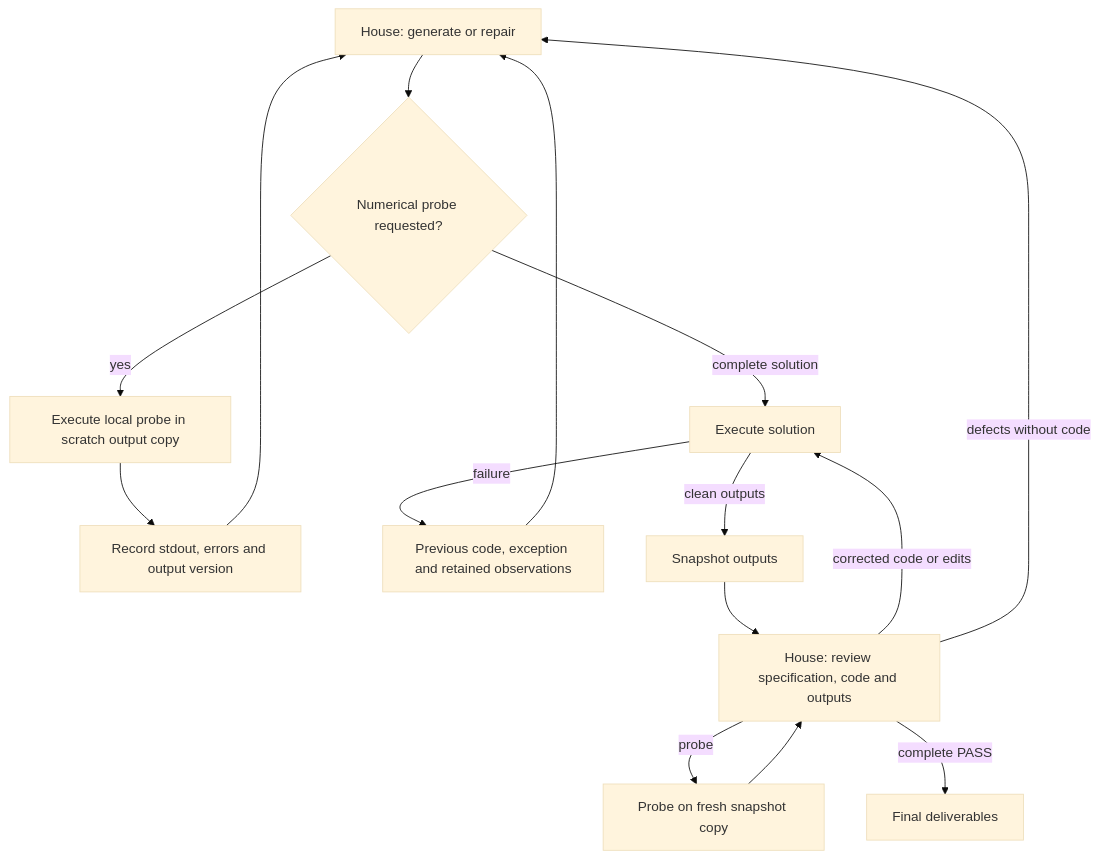
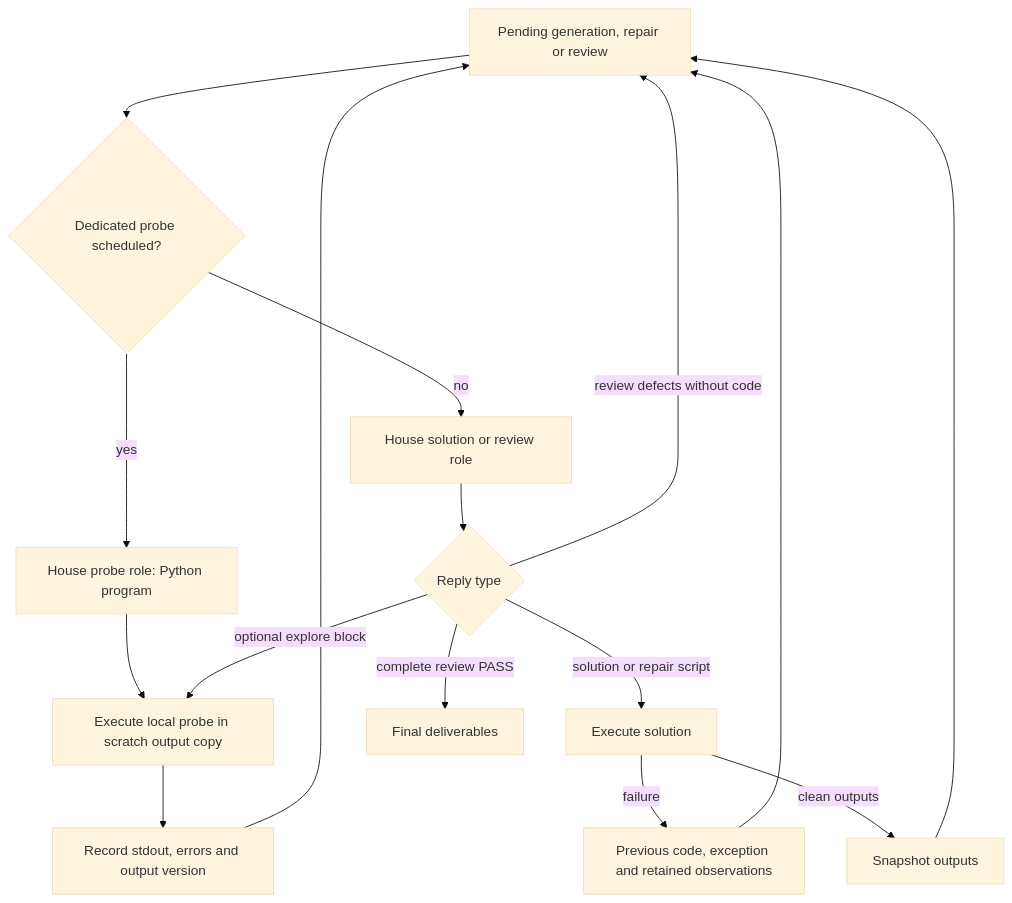
One commit to Fpengz/Agenthon-track-1-coding changed the diagram in agent/feedback.md. Above: the diagram before and after it, drawn with Mermaid (base theme). The commit also changed other lines of this file and 6 other files, not shown here.

First line of the commit message:
Route numerical probes by requested phase instead of response fence

````diff
--- a/agent/feedback.md
+++ b/agent/feedback.md
@@ -8,17 +8,18 @@
 ```mermaid
 flowchart TD
-    G[House: generate or repair] --> Q{Numerical probe requested?}
-    Q -->|yes| P[Execute local probe in scratch output copy]
+    A[Pending generation, repair or review] --> B{Dedicated probe scheduled?}
+    B -->|yes| M[House probe role: Python program]
+    M --> P[Execute local probe in scratch output copy]
     P --> O[Record stdout, errors and output version]
-    O --> G
-    Q -->|complete solution| E[Execute solution]
+    O --> A
+    B -->|no| G[House solution or review role]
+    G --> Q{Reply type}
+    Q -->|optional explore block| P
+    Q -->|solution or repair script| E[Execute solution]
     E -->|failure| F[Previous code, exception and retained observations]
-    F --> G
+    F --> A
     E -->|clean outputs| S[Snapshot outputs]
-    S --> R[House: review specification, code and outputs]
-    R -->|probe| V[Probe on fresh snapshot copy]
-    V --> R
-    R -->|corrected code or edits| E
-    R -->|defects without code| G
-    R -->|complete PASS| D[Final deliverables]
+    S --> A
+    Q -->|review defects without code| A
+    Q -->|complete review PASS| D[Final deliverables]
 ```
````
